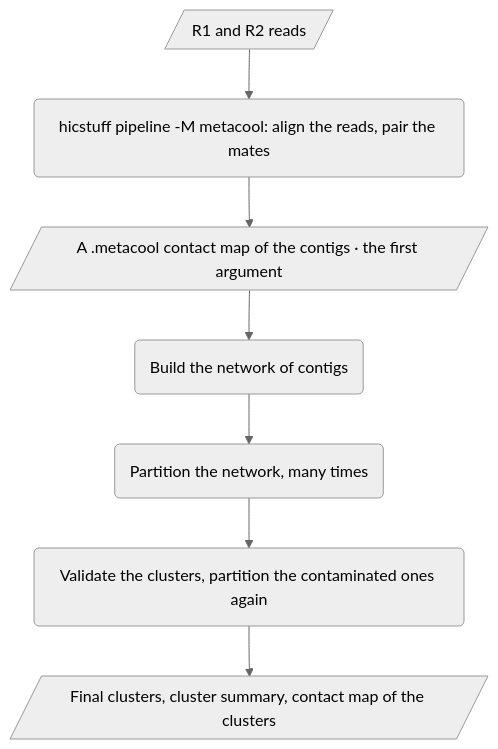
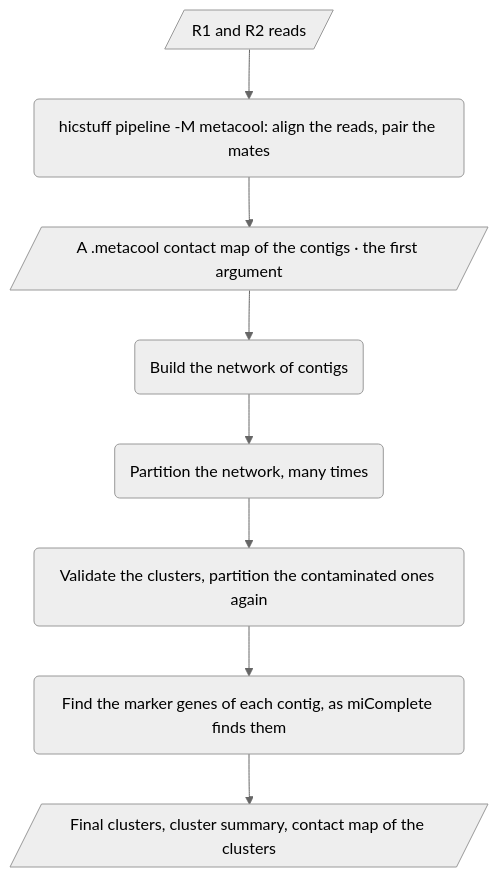
One commit to koszullab/metaTOR changed the diagram in docs/concepts.md. Above: the diagram before and after it, drawn with Mermaid (neutral theme). The commit also changed other lines of this file and 22 other files, not shown here.

First line of the commit message:
feat(markers): store each contig's marker genes in the map (#104)

````diff
--- a/docs/concepts.md
+++ b/docs/concepts.md
@@ -21,17 +22,18 @@
 ```mermaid
 ---
 config:
   flowchart:
     wrappingWidth: 400
 ---
 flowchart TD
     reads[/"R1 and R2 reads"/]
     hicstuff("hicstuff pipeline -M metacool: align the reads, pair the mates")
     map[/"A .metacool contact map of the contigs · the first argument"/]
     network("Build the network of contigs")
     partition("Partition the network, many times")
     validation("Validate the clusters, partition the contaminated ones again")
+    markers("Find the marker genes of each contig, as miComplete finds them")
     clusters[/"Final clusters, cluster summary, contact map of the clusters"/]
     reads --> hicstuff --> map --> network
-    network --> partition --> validation --> clusters
+    network --> partition --> validation --> markers --> clusters
 ```
````
